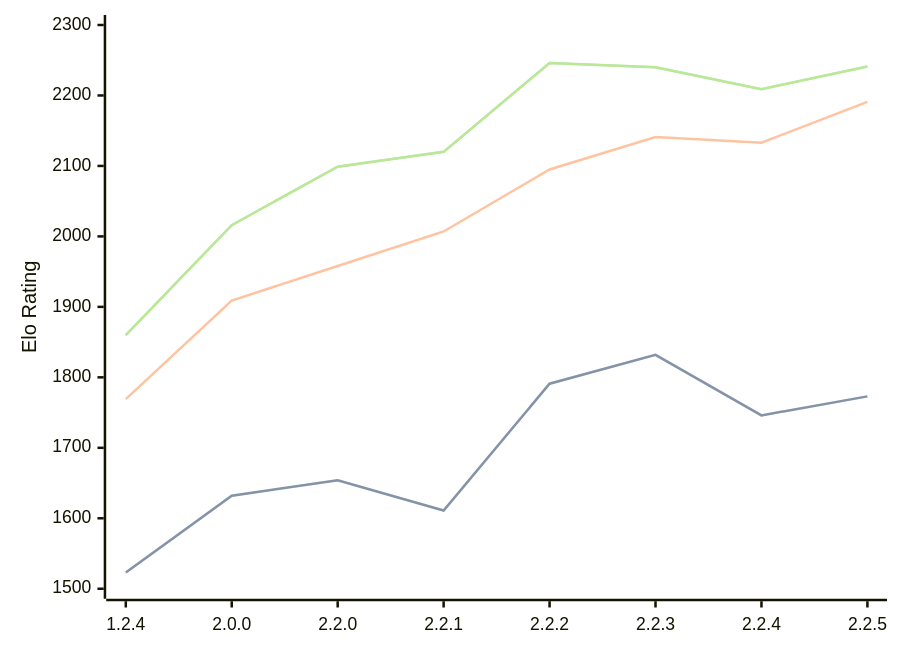
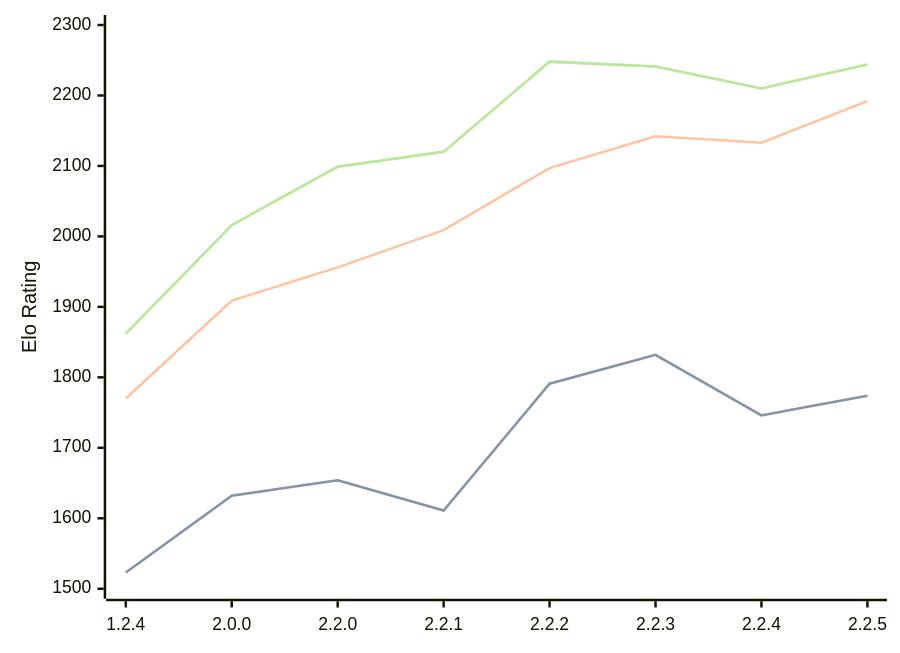
The diagram in engines/Kreveta.md (computer-chess-index/cci), drawn with Mermaid before and after one commit. The commit also changed other lines of this file, not shown here.

Commit message:
Update CCI Ratings (ELO VLTC) - 2026-04-13

````diff
--- a/engines/Kreveta.md
+++ b/engines/Kreveta.md
@@ -41,11 +41,11 @@
 ```mermaid
 %%{init: {"theme":"base","themeVariables":{"seriesColors:['#a3a3a3','#222221','#faa371']}}}%%
 xychart-beta
   x-axis ["1.2.4", "2.0.0", "2.2.0", "2.2.1", "2.2.2", "2.2.3", "2.2.4", "2.2.5"]
   y-axis "Elo Rating" 1500 --> 2300
-  line "STC (8.0+0.08s)" [1523, 1632, 1654, 1611, 1791, 1832, 1746, 1773]
-  line "STC (8.0+0.08s)" [1523, 1632, 1654, 1611, 1791, 1832, 1746, 1773]
-  line "LTC (60.0+0.60s)" [1769, 1909, 1958, 2007, 2095, 2141, 2133, 2191]
-  line "VLTC (2m24s+1.12s)" [1860, 2016, 2099, 2120, 2246, 2240, 2209, 2241]
-  line "VLTC (2m24s+1.12s)" [1860, 2016, 2099, 2120, 2246, 2240, 2209, 2241]
+  line "STC (8.0+0.08s)" [1523, 1632, 1654, 1611, 1791, 1832, 1746, 1774]
+  line "STC (8.0+0.08s)" [1523, 1632, 1654, 1611, 1791, 1832, 1746, 1774]
+  line "LTC (60.0+0.60s)" [1770, 1909, 1956, 2009, 2097, 2142, 2133, 2192]
+  line "VLTC (2m24s+1.12s)" [1862, 2016, 2099, 2120, 2248, 2241, 2210, 2244]
+  line "VLTC (2m24s+1.12s)" [1862, 2016, 2099, 2120, 2248, 2241, 2210, 2244]
 ```
````
